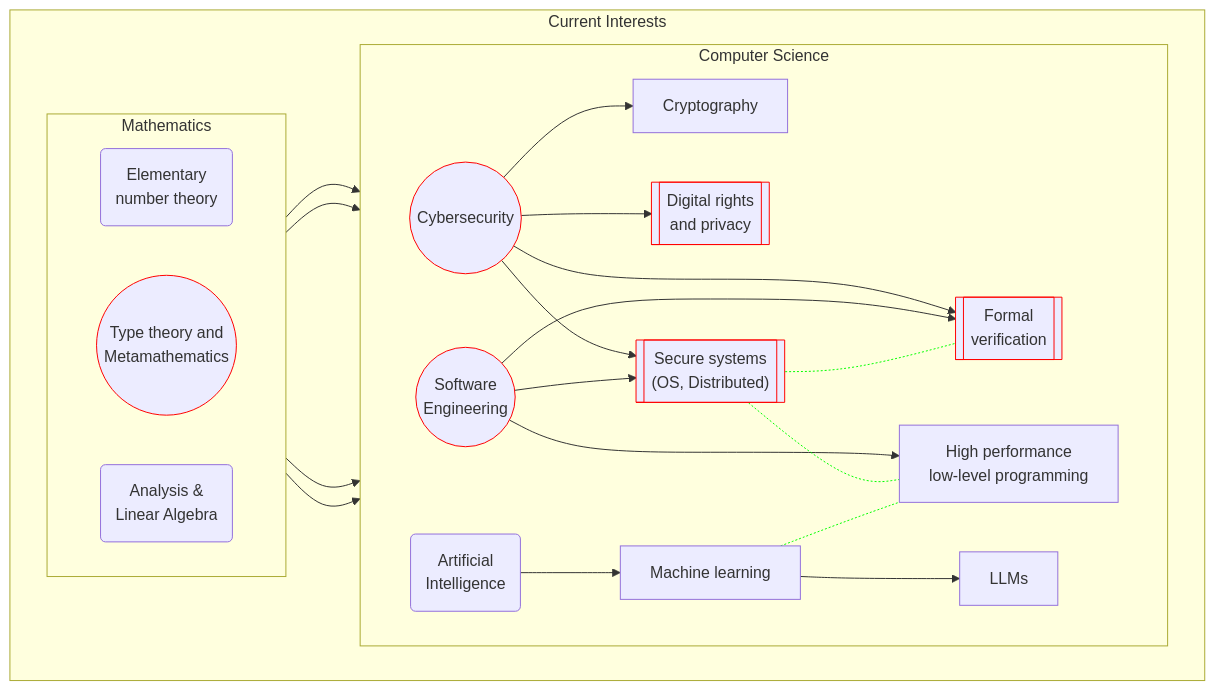
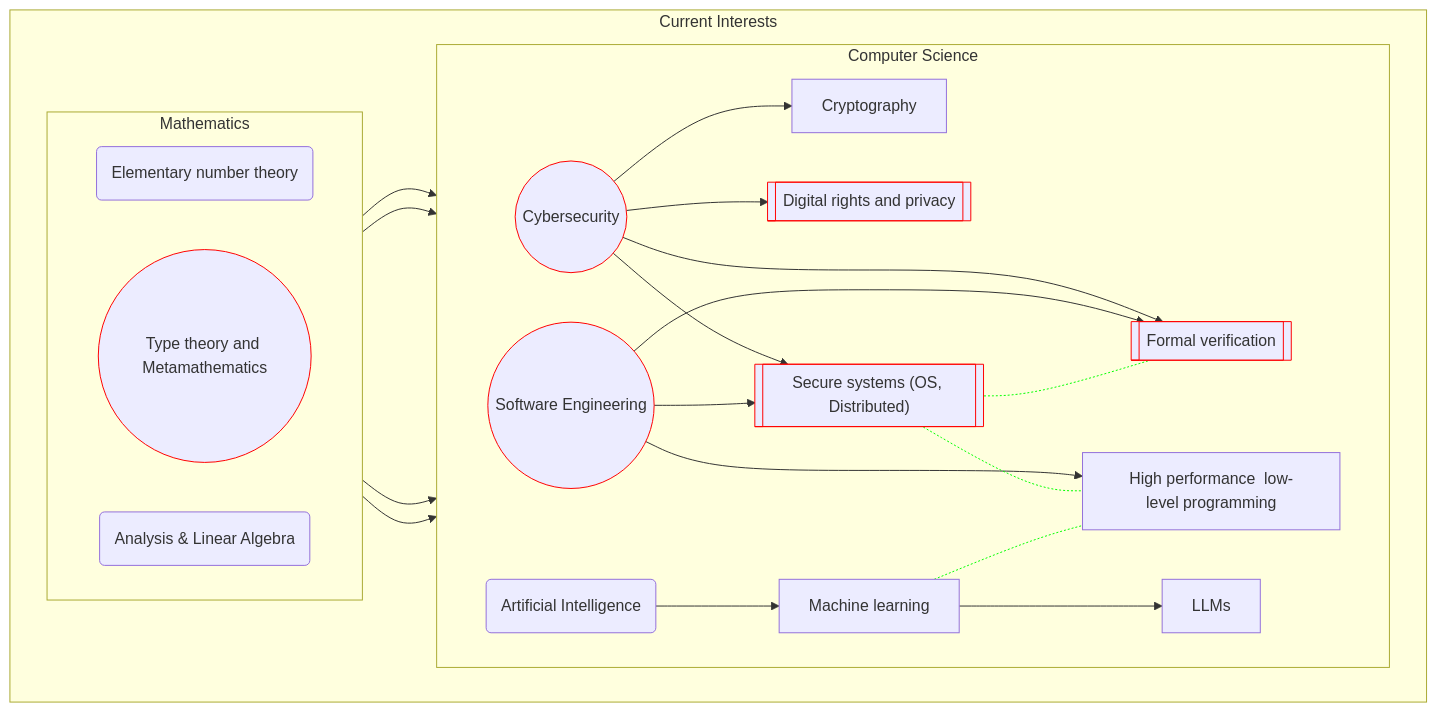
Before and after one commit to guanyuming-he/guanyuming-he: the diagram in README.md, drawn with Mermaid.

````diff
--- a/README.md
+++ b/README.md
@@ -5,51 +5,51 @@
 ```mermaid
 flowchart LR
 	subgraph "Current Interests"
 		direction LR
 		%% Primary general topic, general topic, primary subtopic, subtopic,
 		%% respectively
 		classDef gen-pri	shape:dbl-circ,stroke:#f00
 		classDef gen		shape:circle
 		classDef sub-pri	shape:subproc,stroke:#f00
 		classDef sub		shape:rect
 	
 		%% Left side: CS
 		subgraph "Computer Science"
 			direction LR
 			%% General directions
 			CY((Cybersecurity)):::gen-pri
-			SE((Software\n Engineering)):::gen-pri
-			AI(Artificial\n Intelligence):::gen
+			SE((Software Engineering)):::gen-pri
+			AI(Artificial Intelligence):::gen
 	
 			%% Cybersecurity branches
 			CY --> CR[Cryptography]:::sub
-			CY --> DR[["Digital rights\n and privacy"]]:::sub-pri
-			CY --> SS[["Secure systems\n (OS, Distributed)"]]:::sub-pri
-			CY --> FV[["Formal \nverification"]]:::sub-pri
+			CY --> DR[["Digital rights and privacy"]]:::sub-pri
+			CY --> SS[["Secure systems (OS, Distributed)"]]:::sub-pri
+			CY --> FV[["Formal verification"]]:::sub-pri
 			SE --> SS
 			SE --> FV
-			SE --> HP["High performance \n low-level programming"]:::sub
+			SE --> HP["High performance  low-level programming"]:::sub
 			AI --> ML["Machine learning"]:::sub -->
 			LLM["LLMs"]:::sub
 	
 			SS -.- HP
 			ML -.- HP
 			SS -.- FV
 			%% Change link color
 			linkStyle 9,10,11 stroke:#0f0 
 		end
 	
 		%% Right side: Math
 		subgraph Mathematics
 			direction RL
-			EN(Elementary \nnumber theory):::gen
-			TT((Type theory and\n Metamathematics)):::gen-pri
-			AL(Analysis & \nLinear Algebra):::gen
+			EN(Elementary number theory):::gen
+			TT((Type theory and Metamathematics)):::gen-pri
+			AL(Analysis & Linear Algebra):::gen
 	
 			EN --> CR
 			TT --> FV
 			AL --> ML
 			AL --> HP
 		end
 	end
 ```
````
